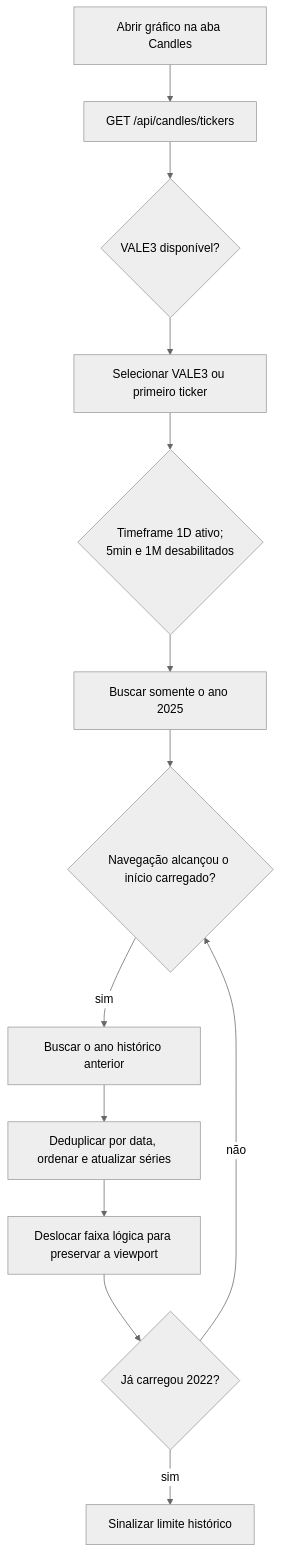
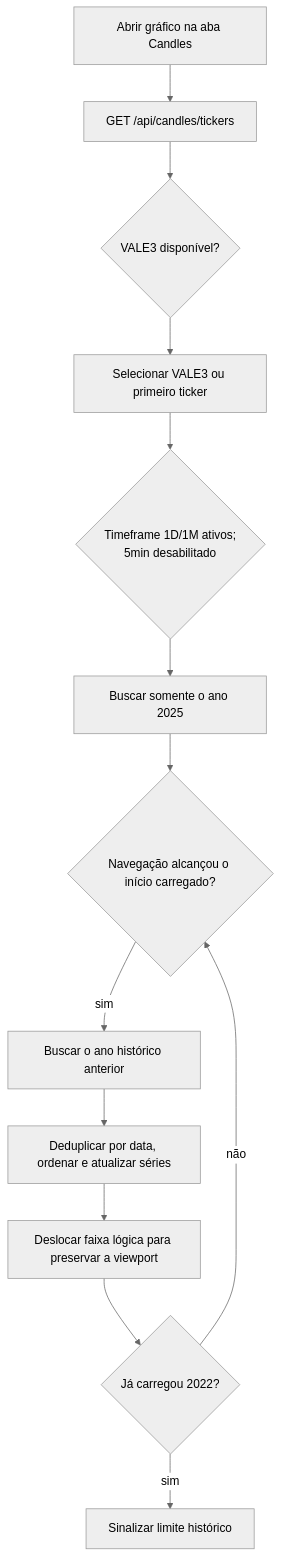
The second of 4 diagrams in B3-Web-App/docs/diagrama-atividades.md (BiellBatista/Python.DataEngineering), drawn with Mermaid (neutral theme) before and after one commit. The commit also changed 10 other files, not shown here.

````diff
--- a/B3-Web-App/docs/diagrama-atividades.md
+++ b/B3-Web-App/docs/diagrama-atividades.md
@@ -25,20 +25,20 @@
 ```mermaid
 flowchart TD
     Init["Abrir gráfico na aba Candles"]
     List["GET /api/candles/tickers"]
     Default{"VALE3 disponível?"}
     Pick["Selecionar VALE3 ou primeiro ticker"]
-    Timeframe{"Timeframe 1D ativo;<br/>5min e 1M desabilitados"}
+    Timeframe{"Timeframe 1D/1M ativos;<br/>5min desabilitado"}
     Load2025["Buscar somente o ano 2025"]
     Pan{"Navegação alcançou o início carregado?"}
     LoadOlder["Buscar o ano histórico anterior"]
     Merge["Deduplicar por data, ordenar e atualizar séries"]
     Preserve["Deslocar faixa lógica para preservar a viewport"]
     Oldest{"Já carregou 2022?"}
     Done["Sinalizar limite histórico"]
 
     Init --> List --> Default --> Pick --> Timeframe --> Load2025 --> Pan
     Pan -->|"sim"| LoadOlder --> Merge --> Preserve --> Oldest
     Oldest -->|"não"| Pan
     Oldest -->|"sim"| Done
 ```
````
